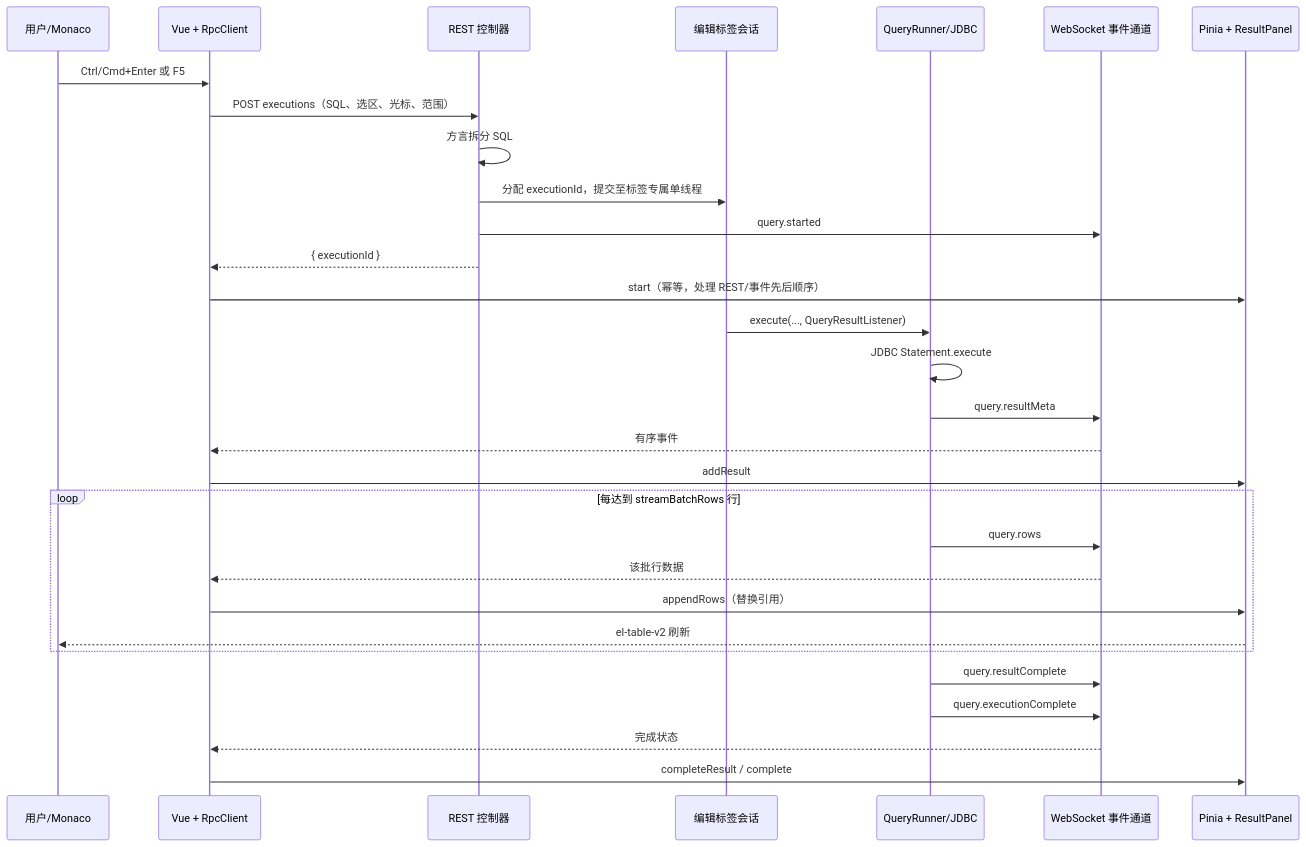
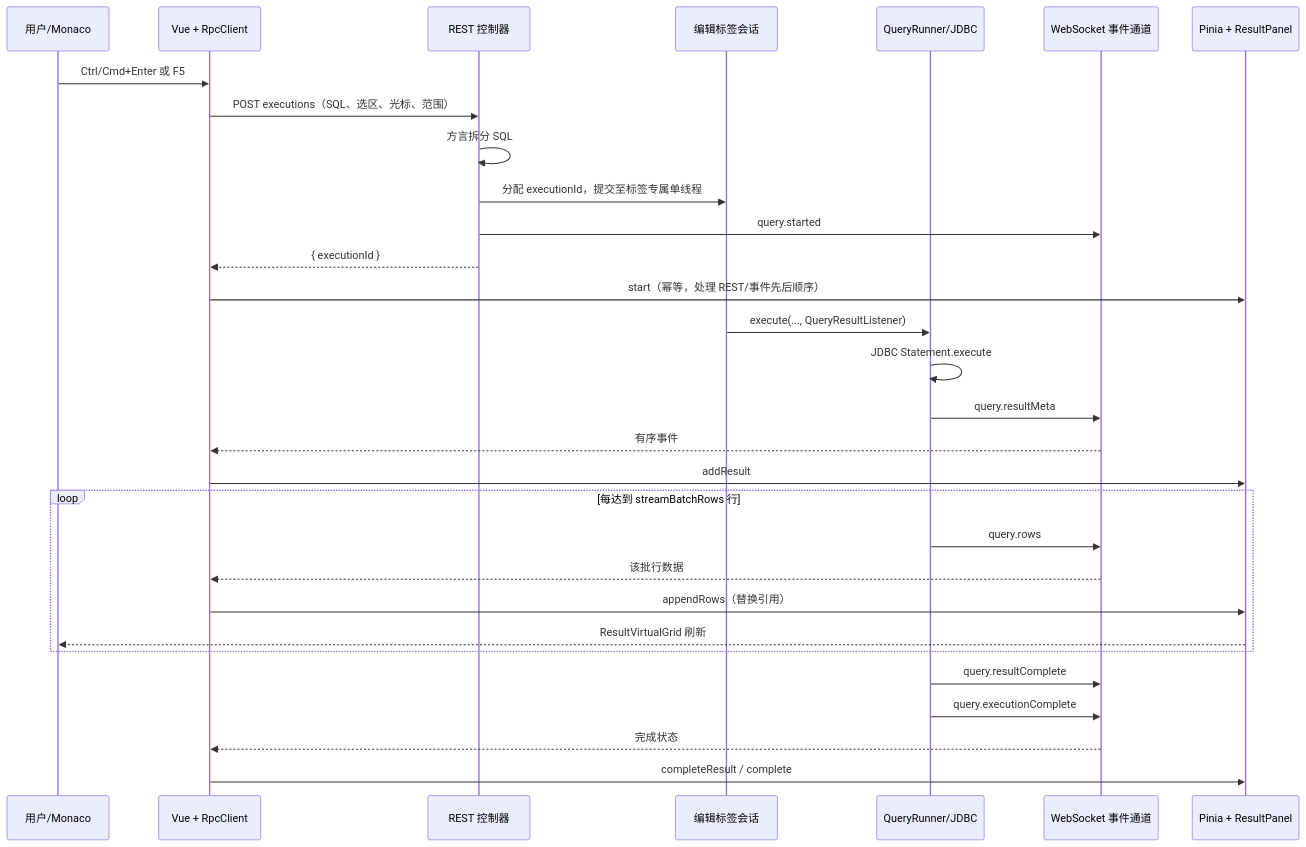
One commit to Atomjob5/DBStudio changed the diagram in docs/sql-query-result-flow.md. Above: the diagram before and after it, drawn with Mermaid. The commit also changed other lines of this file and 18 other files, not shown here.

Commit message:
移除滚动优化选项，优化单记录查看视图实现组件

````diff
--- a/docs/sql-query-result-flow.md
+++ b/docs/sql-query-result-flow.md
@@ -63,33 +63,33 @@
 ```mermaid
 sequenceDiagram
     participant U as 用户/Monaco
     participant V as Vue + RpcClient
     participant A as REST 控制器
     participant E as 编辑标签会话
     participant Q as QueryRunner/JDBC
     participant W as WebSocket 事件通道
     participant S as Pinia + ResultPanel
 
     U->>V: Ctrl/Cmd+Enter 或 F5
     V->>A: POST executions（SQL、选区、光标、范围）
     A->>A: 方言拆分 SQL
     A->>E: 分配 executionId，提交至标签专属单线程
     A->>W: query.started
     A-->>V: { executionId }
     V->>S: start（幂等，处理 REST/事件先后顺序）
     E->>Q: execute(..., QueryResultListener)
     Q->>Q: JDBC Statement.execute
     Q->>W: query.resultMeta
     W-->>V: 有序事件
     V->>S: addResult
     loop 每达到 streamBatchRows 行
         Q->>W: query.rows
         W-->>V: 该批行数据
         V->>S: appendRows（替换引用）
-        S-->>U: el-table-v2 刷新
+        S-->>U: ResultVirtualGrid 刷新
     end
     Q->>W: query.resultComplete
     Q->>W: query.executionComplete
     W-->>V: 完成状态
     V->>S: completeResult / complete
 ```
````
